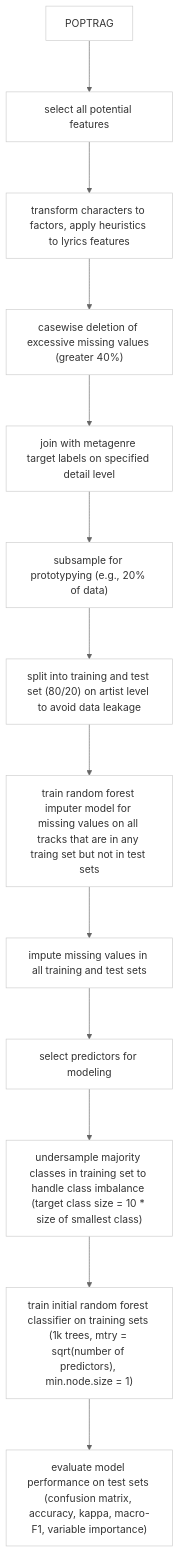
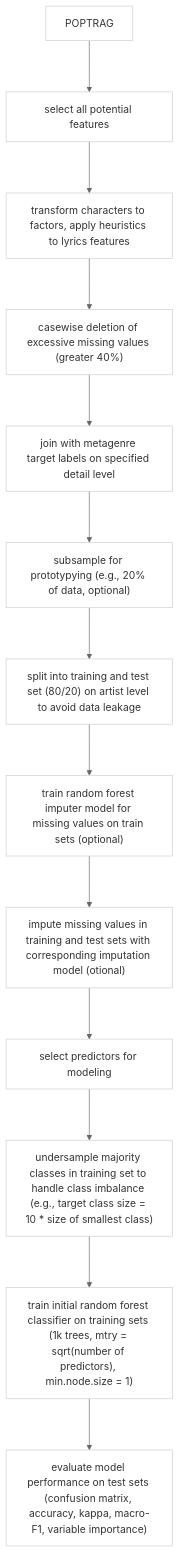
Before and after one commit to markusradke/GenreDiscourseAnalysis: the diagram in inst/05_rf_classifier.qmd, drawn with Mermaid. The commit also changed other lines of this file and 11 other files, not shown here.

Commit message:
remove Spotify random forest

````diff
--- a/inst/05_rf_classifier.qmd
+++ b/inst/05_rf_classifier.qmd
@@ -48,34 +42,34 @@
 ```{mermaid}
 %%{init: {
   'flowchart': {
     'nodeSpacing': 50, 
     'rankSpacing': 80,
     'useMaxWidth': true,
     'htmlLabels': false,
     'curve': 'basis'
   }, 
   'theme': 'base',
   'themeVariables': {
     'fontSize': '16px',
     'fontFamily': 'Arial, sans-serif',
     'primaryColor': '#ffffff',
     'primaryTextColor': '#333333',
     'primaryBorderColor': '#cccccc', 
     'lineColor': '#666666',
     'textColor': '#333333'
   }
 }}%%
 graph TD
   A["POPTRAG"] --> B["select all potential features"]
   B --> C["transform characters to factors, apply heuristics to lyrics features"]
   C --> D["casewise deletion of excessive missing values (greater 40%)"]
   D --> E["join with metagenre target labels on specified detail level"]
-  E --> F["subsample for prototypying (e.g., 20% of data)"]
+  E --> F["subsample for prototypying (e.g., 20% of data, optional)"]
   F --> G["split into training and test set (80/20) on artist level to avoid data leakage"]
-  G --> H["train random forest imputer model for missing values on all tracks that are in any traing set but not in test sets"]
-  H --> I["impute missing values in all training and test sets"]
+  G --> H["train random forest imputer model for missing values on train sets (optional)"]
+  H --> I["impute missing values in training and test sets with corresponding imputation model (otional)"]
   I --> J["select predictors for modeling"]
-  J --> K["undersample majority classes in training set to handle class imbalance (target class size = 10 * size of smallest class)"]
+  J --> K["undersample majority classes in training set to handle class imbalance (e.g., target class size = 10 * size of smallest class)"]
   K --> L["train initial random forest classifier on training sets (1k trees, mtry = sqrt(number of predictors), min.node.size = 1)"]
   L --> M["evaluate model performance on test sets (confusion matrix, accuracy, kappa, macro-F1, variable importance)"]
 ```
````
